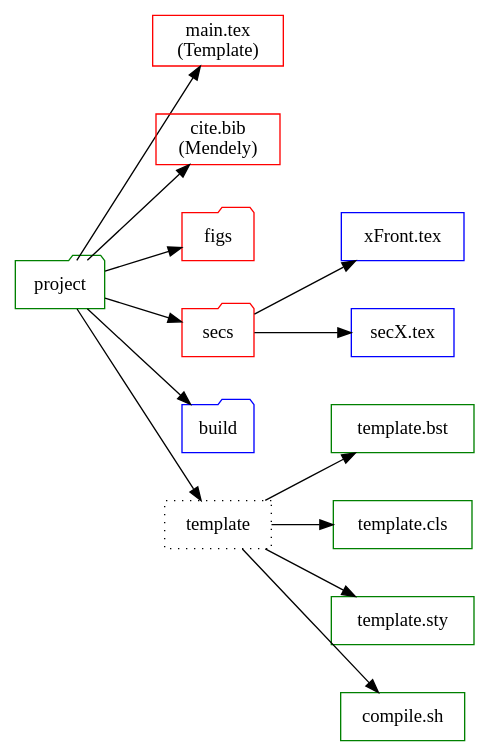
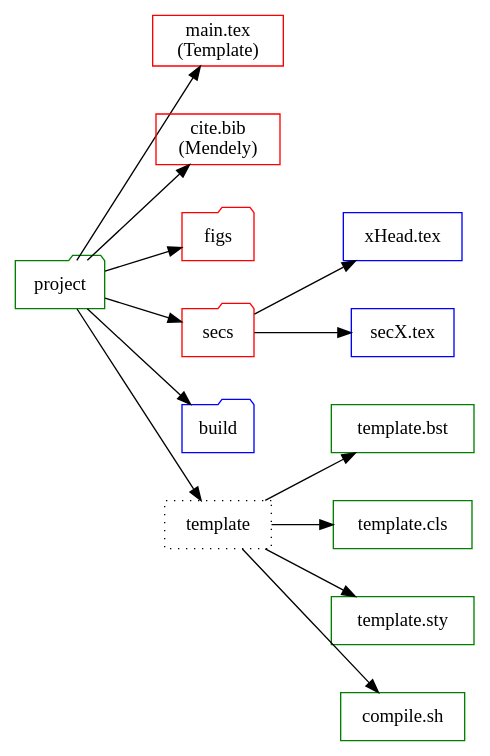
Before and after one commit to bwtian/texTemplate: the diagram in texTemplate.org, drawn with Graphviz. The commit also changed other lines of this file and 1 other file, not shown here.

Commit message:
- ‘.#texTemplate.org’ / ‘texTemplate.org’

```diff
--- a/texTemplate.org
+++ b/texTemplate.org
@@ -4,32 +4,32 @@
 #+BEGIN_SRC dot :file ./texTemplate.svg
   digraph {
   rankdir = LR
   fontname="Times";
   fontsize = 12;
   splines = false;
   ranksep = 0.5;
   nodesep = 0.5;
   node [shape = box]
   //1. set node
   proj [label = "project", color = green, shape="folder"]
-  front [label = "xFront.tex", color = blue]
+  head [label = "xHead.tex", color = blue]
   secs [label = "secX.tex", color = blue]
   main [label = "main.tex \n (Template)", color = red]
   bib [label = "cite.bib \n (Mendely)", color = red]
   bst [label = "template.bst", color = green]
   cls [label = "template.cls", color = green]
   sty [label = "template.sty", color = green]
   fig [label = "figs", color=red, shape="folder"]
   sec [label = "secs", color=red, shape="folder"]
   build [label  = "build", color = blue, shape="folder"]
   gen [label = "compile.sh", color = green]
   temp [label = "template", style=dotted]
   //2. set path
 
   proj -> {fig sec main temp bib build}
   temp -> {cls, bst, sty, gen}
-  sec -> {front, secs}
+  sec -> {head, secs}
   //3. set rank
 
   }
 #+END_SRC
```
